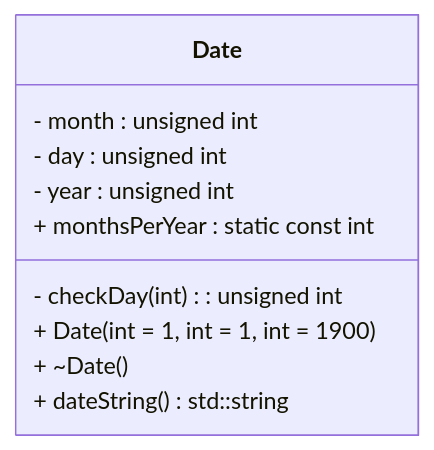
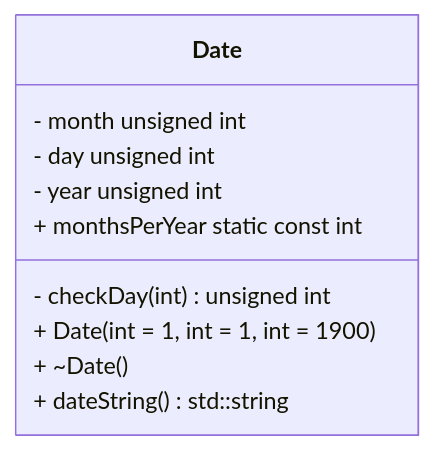
The first of 4 diagrams in Lab06/README.md (heimsothe/Spring-2024-OOP-Cpp-Labs), drawn with Mermaid before and after one commit.

Commit message:
[Lab06] Update README.md

````diff
--- a/Lab06/README.md
+++ b/Lab06/README.md
@@ -198,20 +198,20 @@
 ```mermaid
 %%{
   init: {
     'themeVariables': {
       'fontFamily': 'monospace'
     }
   }
 }%%
 classDiagram
     class Date {
-        - month : unsigned int
-        - day : unsigned int
-        - year : unsigned int
-        - checkDay(int) : unsigned int
-        + monthsPerYear : static const int
+        - month unsigned int
+        - day unsigned int
+        - year unsigned int
+        - checkDay(int) unsigned int
+        + monthsPerYear static const int
         + Date( int = 1, int = 1, int = 1900 )
         + ~Date()
         + dateString() std::string
     }
 ```
````
